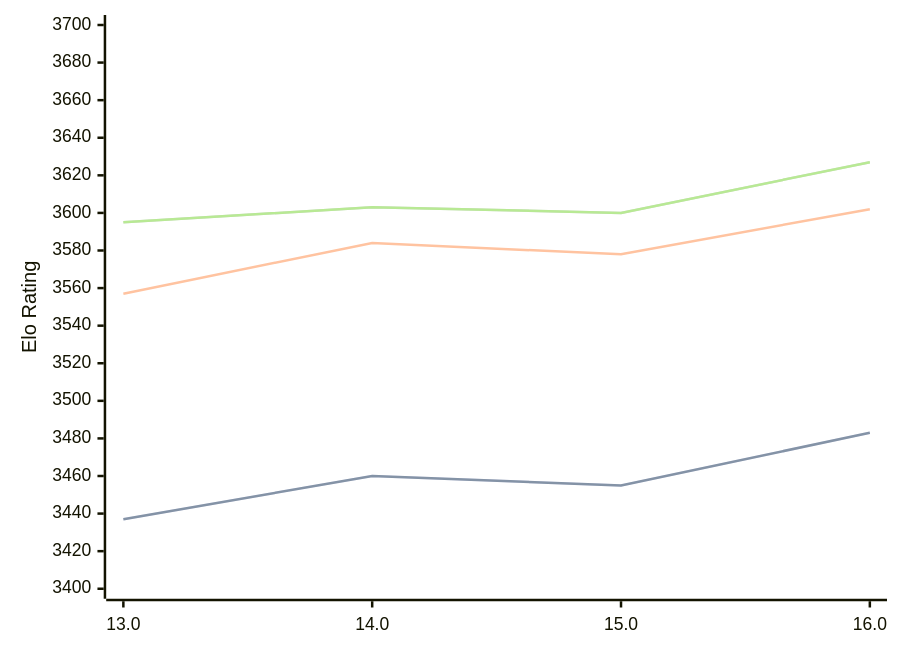
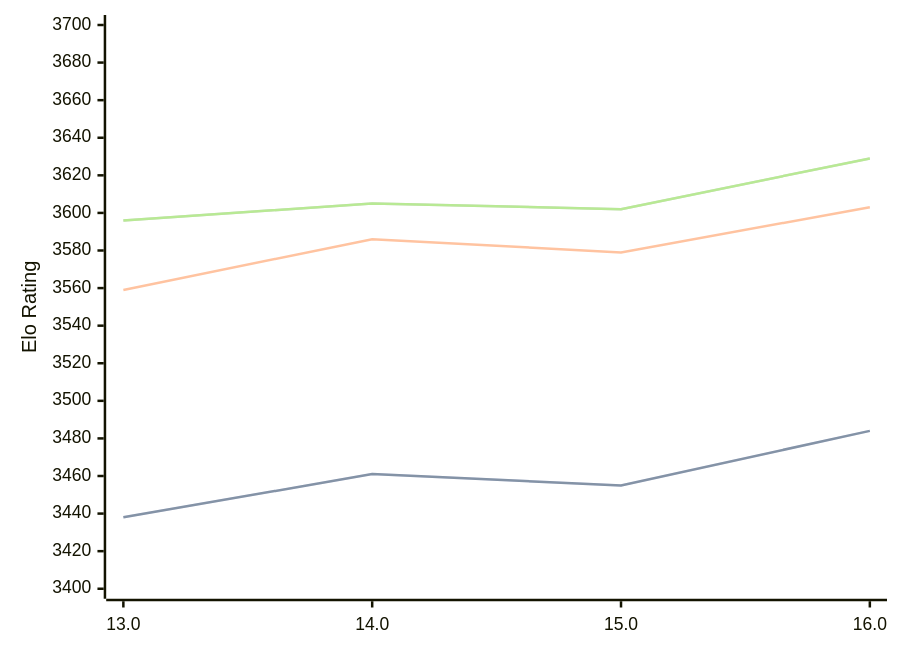
One commit to computer-chess-index/cci changed the diagram in engines/Obsidian.md. Above: the diagram before and after it, drawn with Mermaid. The commit also changed other lines of this file, not shown here.

Commit message:
Update CCI Ratings (ELO VLTC) - 2026-05-06

````diff
--- a/engines/Obsidian.md
+++ b/engines/Obsidian.md
@@ -43,11 +43,11 @@
 ```mermaid
 %%{init: {"theme":"base","themeVariables":{"seriesColors:['#a3a3a3','#222221','#faa371']}}}%%
 xychart-beta
   x-axis ["13.0", "14.0", "15.0", "16.0"]
   y-axis "Elo Rating" 3400 --> 3700
-  line "STC (8.0+0.08s)" [3437, 3460, 3455, 3483]
-  line "STC (8.0+0.08s)" [3437, 3460, 3455, 3483]
-  line "LTC (60.0+0.60s)" [3557, 3584, 3578, 3602]
-  line "VLTC (2m24s+1.12s)" [3595, 3603, 3600, 3627]
-  line "VLTC (2m24s+1.12s)" [3595, 3603, 3600, 3627]
+  line "STC (8.0+0.08s)" [3438, 3461, 3455, 3484]
+  line "STC (8.0+0.08s)" [3438, 3461, 3455, 3484]
+  line "LTC (60.0+0.60s)" [3559, 3586, 3579, 3603]
+  line "VLTC (2m24s+1.12s)" [3596, 3605, 3602, 3629]
+  line "VLTC (2m24s+1.12s)" [3596, 3605, 3602, 3629]
 ```
````
